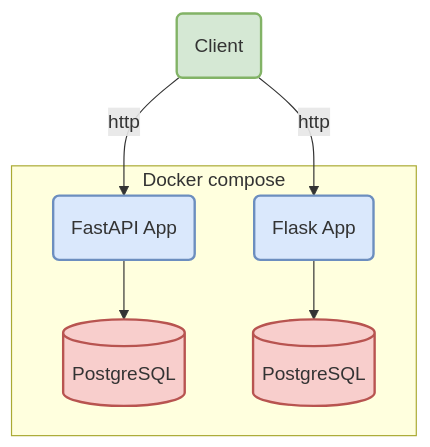
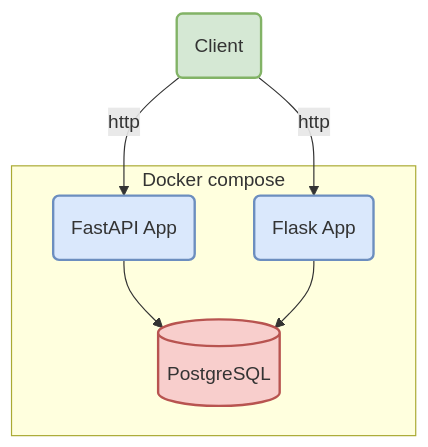
Before and after one commit to matthew-shaw/fastapi-vs-flask: the diagram in README.md, drawn with Mermaid.

Commit message:
update design

````diff
--- a/README.md
+++ b/README.md
@@ -15,14 +15,15 @@
 ```mermaid
 flowchart TB
     client(Client):::C
     subgraph Docker compose
-        app1(FastAPI App):::A --> db1[(PostgreSQL)]:::D
-        app2(Flask App):::A --> db2[(PostgreSQL)]:::D
+        app1(FastAPI App):::A
+        app2(Flask App):::A
+        db[(PostgreSQL)]:::D
     end
 
-    client -- http --> app1 & app2
+    client -- http --> app1 & app2 --> db
 
     classDef A fill:#DAE8FC,stroke:#6C8EBF,stroke-width:2px
     classDef D fill:#F8CECC,stroke:#B85450,stroke-width:2px
     classDef C fill:#D5E8D4,stroke:#82B366,stroke-width:2px
 ```
````
